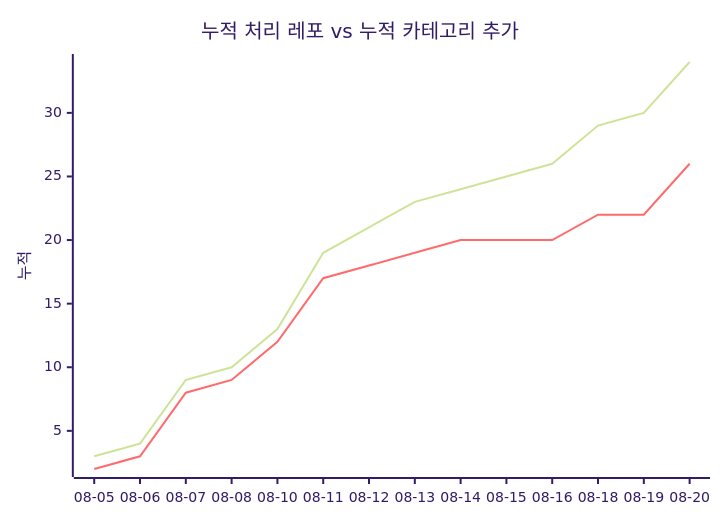
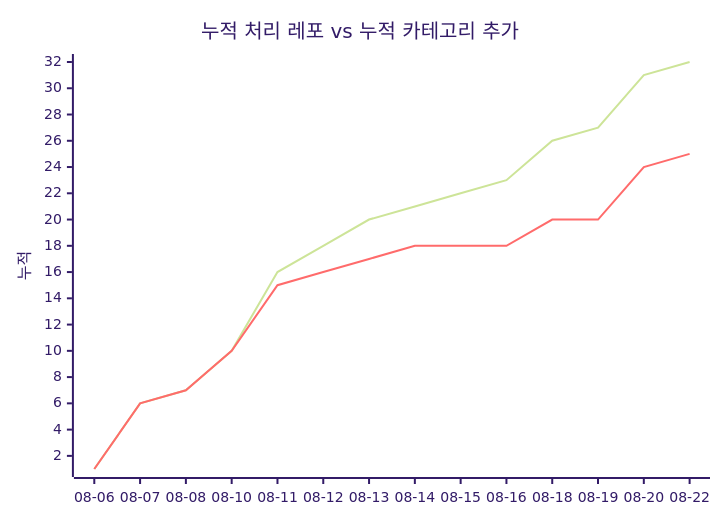
Before and after one commit to J-nowcow/awesome-korean-agent-skills: the second of 2 diagrams in docs/trends.md, drawn with Mermaid (forest theme). The commit also changed other lines of this file and 4 other files, not shown here.

````diff
--- a/docs/trends.md
+++ b/docs/trends.md
@@ -68,8 +68,8 @@
 ```mermaid
 xychart-beta
     title "누적 처리 레포 vs 누적 카테고리 추가"
-    x-axis ["08-05","08-06","08-07","08-08","08-10","08-11","08-12","08-13","08-14","08-15","08-16","08-18","08-19","08-20"]
+    x-axis ["08-06","08-07","08-08","08-10","08-11","08-12","08-13","08-14","08-15","08-16","08-18","08-19","08-20","08-22"]
     y-axis "누적"
-    line [3,4,9,10,13,19,21,23,24,25,26,29,30,34]
-    line [2,3,8,9,12,17,18,19,20,20,20,22,22,26]
+    line [1,6,7,10,16,18,20,21,22,23,26,27,31,32]
+    line [1,6,7,10,15,16,17,18,18,18,20,20,24,25]
 ```
````
